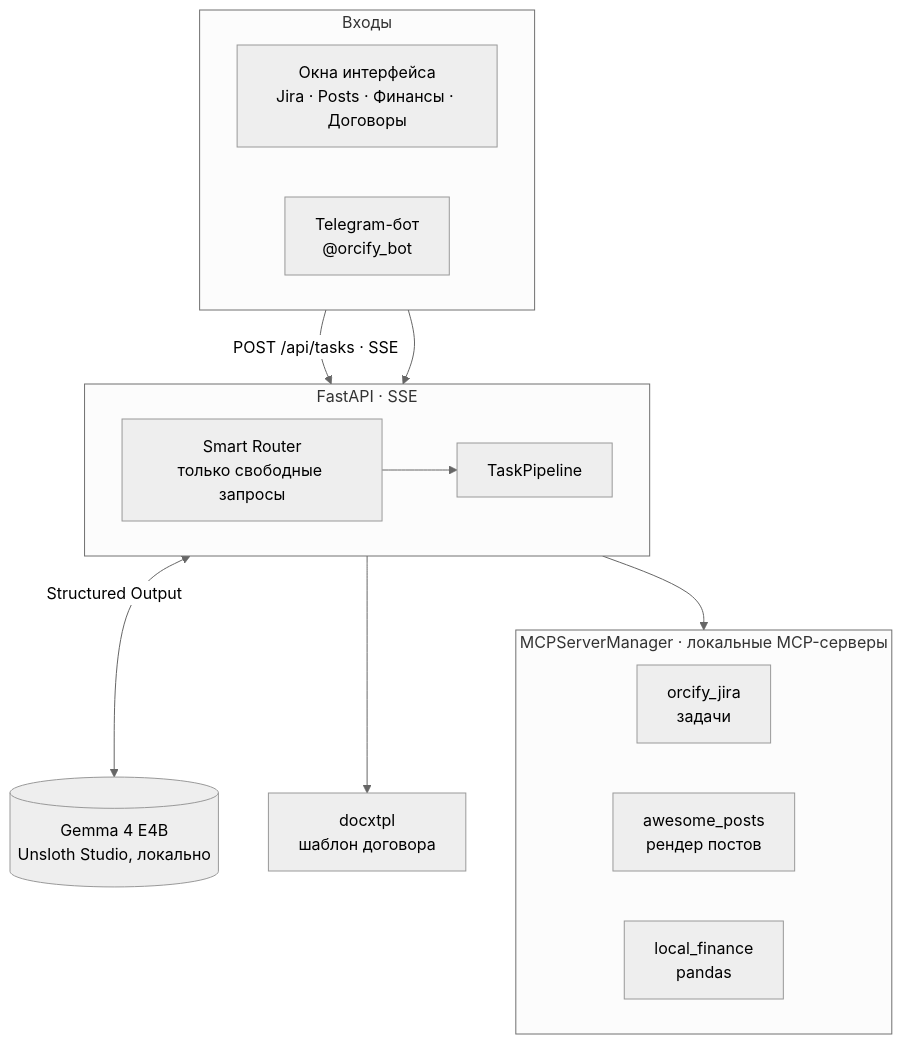
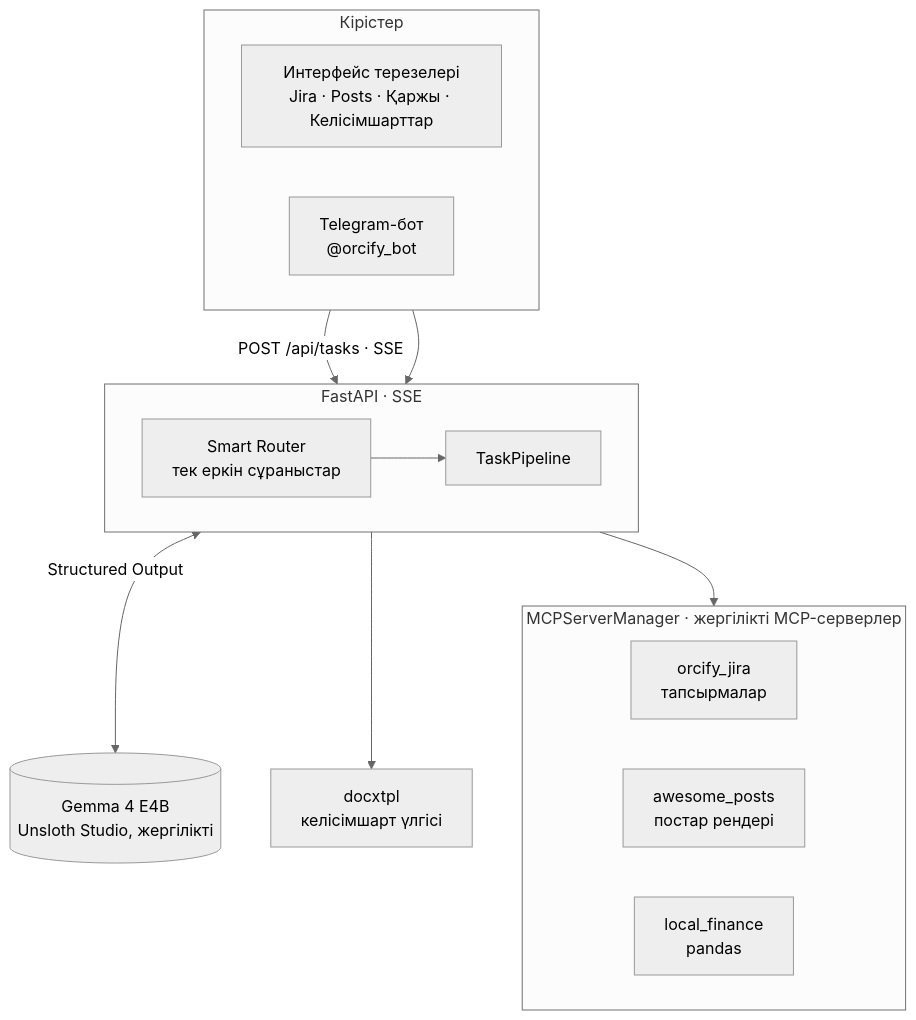
Before and after one commit to batryzhan/orcify: the first of 3 diagrams in README.md, drawn with Mermaid (neutral theme). The commit also changed other lines of this file and 112 other files, not shown here.

````diff
--- a/README.md
+++ b/README.md
@@ -159,26 +163,26 @@
 ```mermaid
 flowchart TB
-    subgraph IN["Входы"]
+    subgraph IN["Кірістер"]
         direction LR
-        UI["Окна интерфейса<br/>Jira · Posts · Финансы · Договоры"]
+        UI["Интерфейс терезелері<br/>Jira · Posts · Қаржы · Келісімшарттар"]
         TG["Telegram-бот<br/>@orcify_bot"]
     end
     subgraph API["FastAPI · SSE"]
         direction LR
-        R["Smart Router<br/>только свободные запросы"]
+        R["Smart Router<br/>тек еркін сұраныстар"]
         PL["TaskPipeline"]
     end
-    LLM[("Gemma 4 E4B<br/>Unsloth Studio, локально")]
-    subgraph MCP["MCPServerManager · локальные MCP-серверы"]
+    LLM[("Gemma 4 E4B<br/>Unsloth Studio, жергілікті")]
+    subgraph MCP["MCPServerManager · жергілікті MCP-серверлер"]
         direction LR
-        MJ["orcify_jira<br/>задачи"]
-        MP["awesome_posts<br/>рендер постов"]
+        MJ["orcify_jira<br/>тапсырмалар"]
+        MP["awesome_posts<br/>постар рендері"]
         MF["local_finance<br/>pandas"]
     end
-    DOC["docxtpl<br/>шаблон договора"]
+    DOC["docxtpl<br/>келісімшарт үлгісі"]
     UI -->|"POST /api/tasks · SSE"| PL
     TG --> R --> PL
     PL <-->|"Structured Output"| LLM
     PL --> MCP
     PL --> DOC
 ```
````
